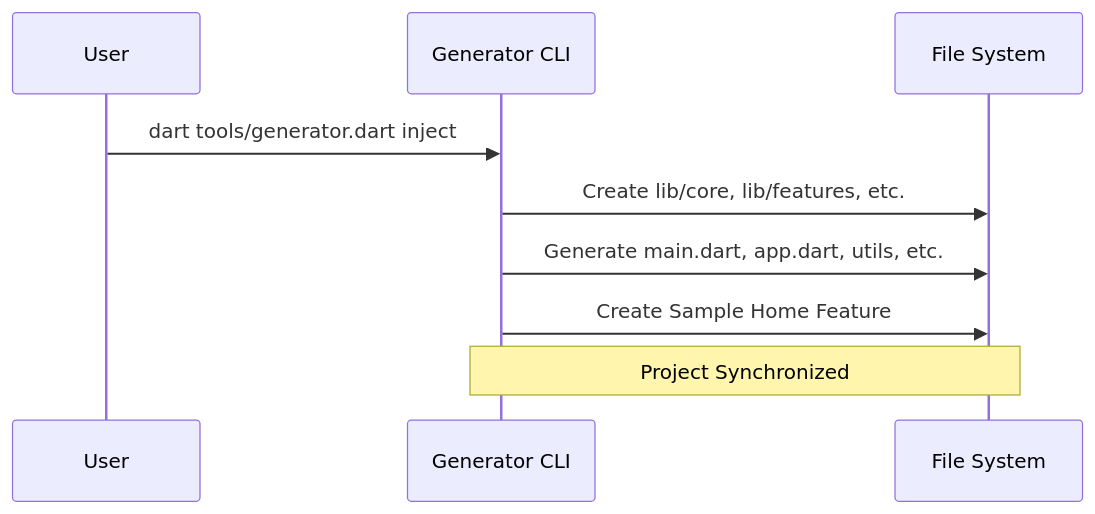
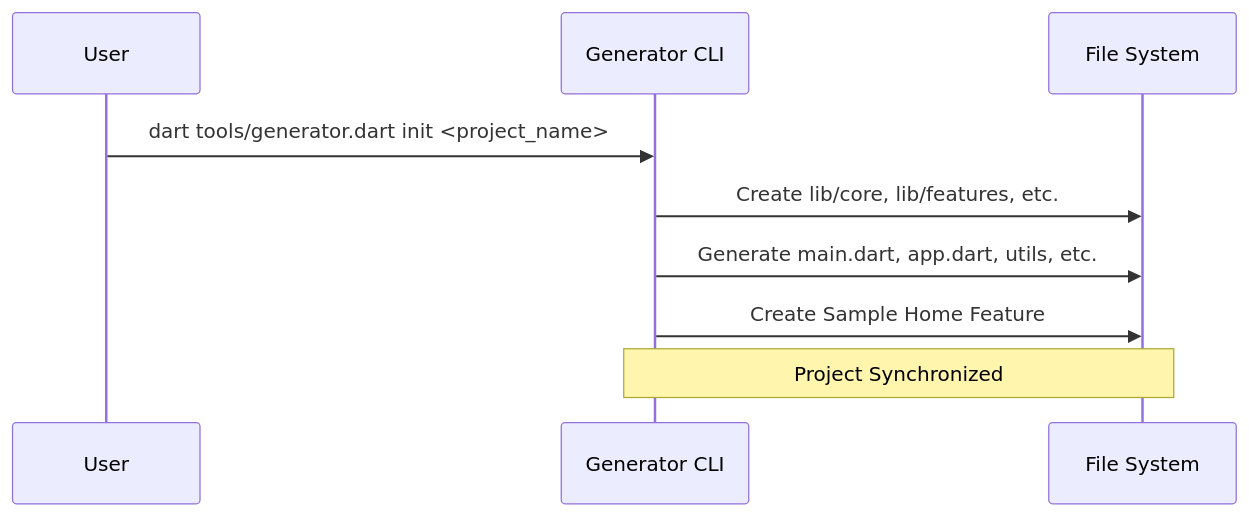
Before and after one commit to masumrpg/flutter_boilerplate: the third of 3 diagrams in README.md, drawn with Mermaid. The commit also changed other lines of this file and 1 other file, not shown here.

Commit message:
feat: replace individual CLI setup commands with init and add comprehensive GEMINI.md documentation

````diff
--- a/README.md
+++ b/README.md
@@ -388,12 +385,12 @@
 ```mermaid
 sequenceDiagram
     participant User
     participant CLI as Generator CLI
     participant FS as File System
 
-    User->>CLI: dart tools/generator.dart inject
+    User->>CLI: dart tools/generator.dart init <project_name>
     CLI->>FS: Create lib/core, lib/features, etc.
     CLI->>FS: Generate main.dart, app.dart, utils, etc.
     CLI->>FS: Create Sample Home Feature
     Note over CLI,FS: Project Synchronized
 ```
````
